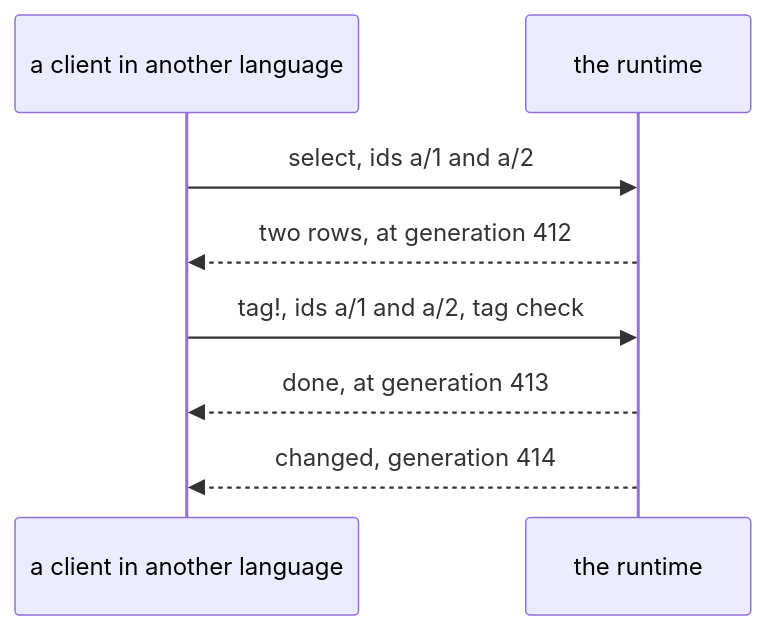
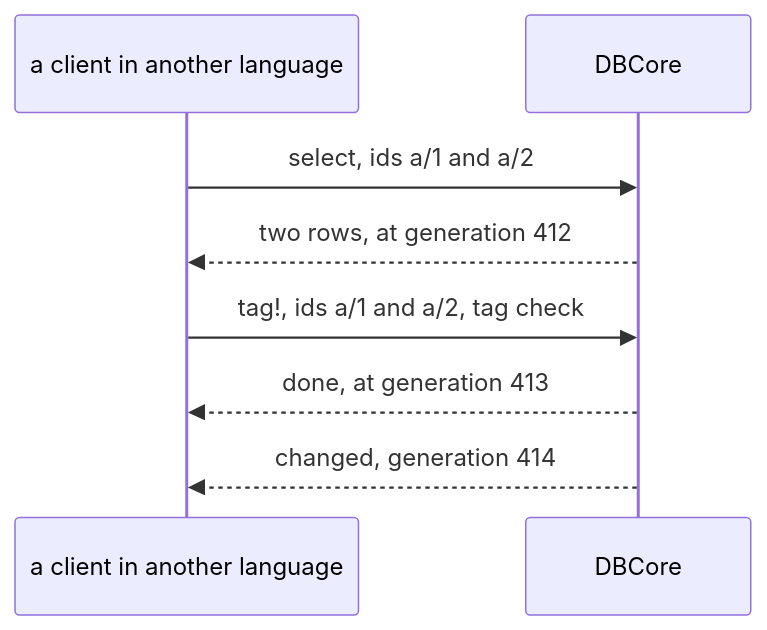
One commit to digiefel/DataBrowser changed the third of 3 diagrams in docs/plans/client-api.md. Above: the diagram before and after it, drawn with Mermaid. The commit also changed other lines of this file and 8 other files, not shown here.

````diff
--- a/docs/plans/client-api.md
+++ b/docs/plans/client-api.md
@@ -199,10 +206,10 @@
 ```mermaid
 sequenceDiagram
     participant P as a client in another language
-    participant R as the runtime
+    participant R as DBCore
     P->>R: select, ids a/1 and a/2
     R-->>P: two rows, at generation 412
     P->>R: tag!, ids a/1 and a/2, tag check
     R-->>P: done, at generation 413
     R-->>P: changed, generation 414
 ```
````
